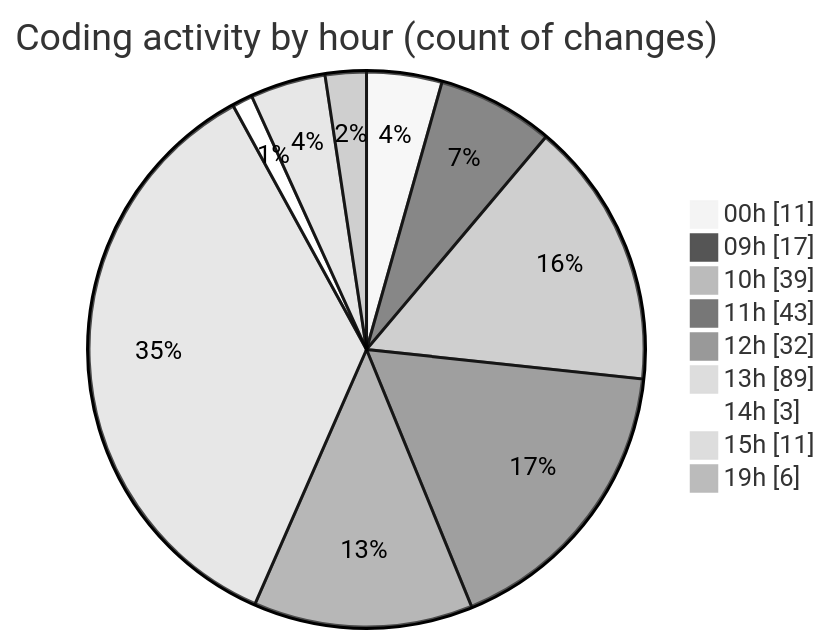
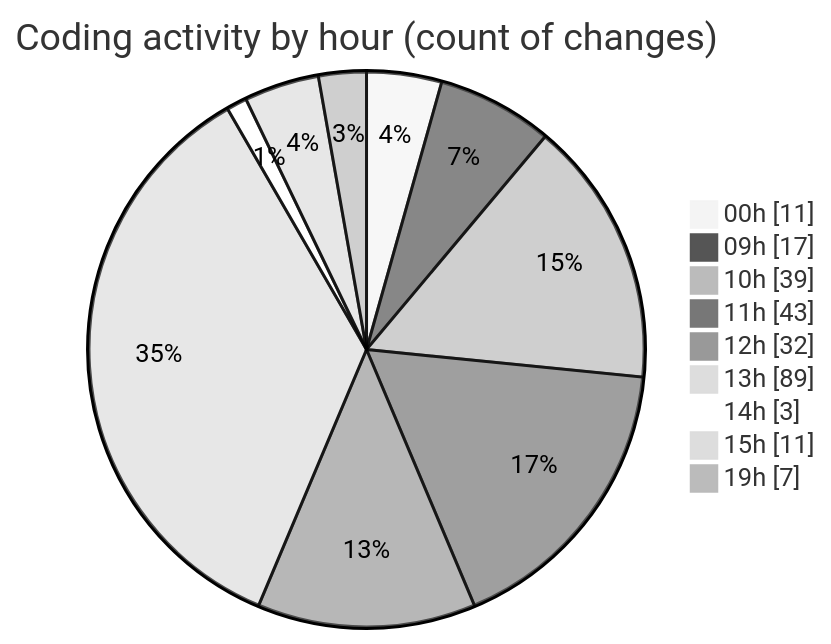
One commit to momahboobian/code-tracking changed the second of 2 diagrams in 2026-09-02/cda/README.md. Above: the diagram before and after it, drawn with Mermaid (neutral theme). The commit also changed other lines of this file and 1 other file, not shown here.

````diff
--- a/2026-09-02/cda/README.md
+++ b/2026-09-02/cda/README.md
@@ -89,13 +90,13 @@
 ```mermaid
 pie showData
 title Coding activity by hour (count of changes)
 "00h" : 11
 "09h" : 17
 "10h" : 39
 "11h" : 43
 "12h" : 32
 "13h" : 89
 "14h" : 3
 "15h" : 11
-"19h" : 6
+"19h" : 7
 ```
````
